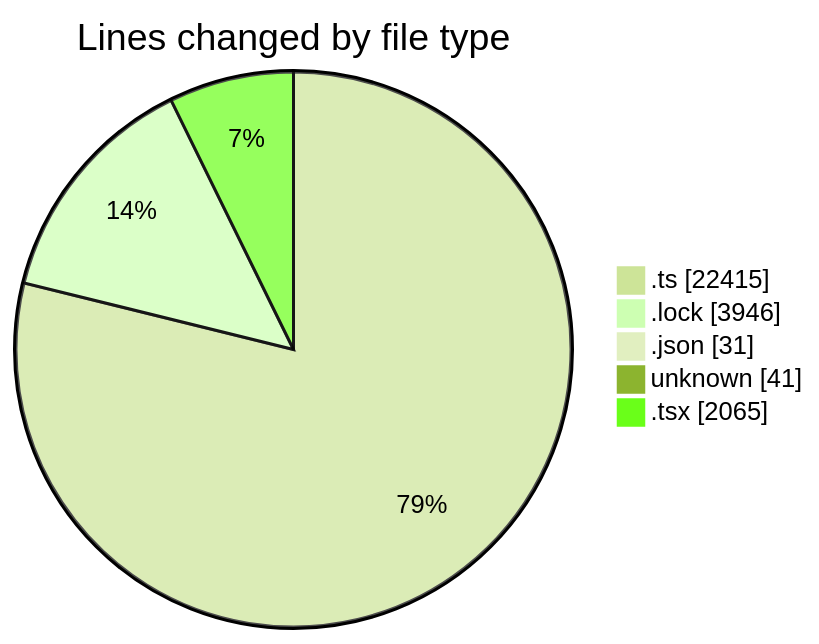
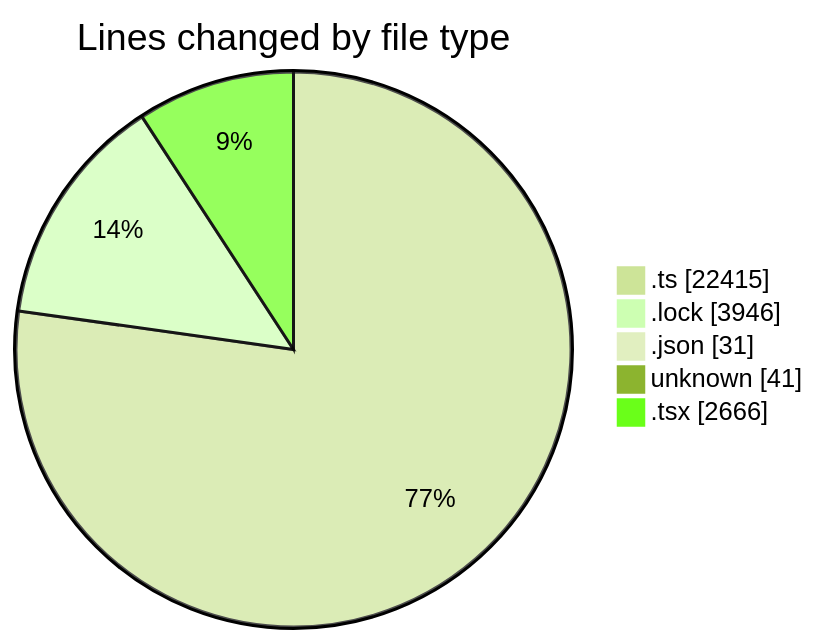
Before and after one commit to momahboobian/code-tracking: the first of 2 diagrams in 2025-08-19/cda/README.md, drawn with Mermaid (forest theme). The commit also changed other lines of this file and 1 other file, not shown here.

````diff
--- a/2025-08-19/cda/README.md
+++ b/2025-08-19/cda/README.md
@@ -45,9 +46,9 @@
 ```mermaid
 pie showData
 title Lines changed by file type
 ".ts" : 22415
 ".lock" : 3946
 ".json" : 31
 "unknown" : 41
-".tsx" : 2065
+".tsx" : 2666
 ```
````
